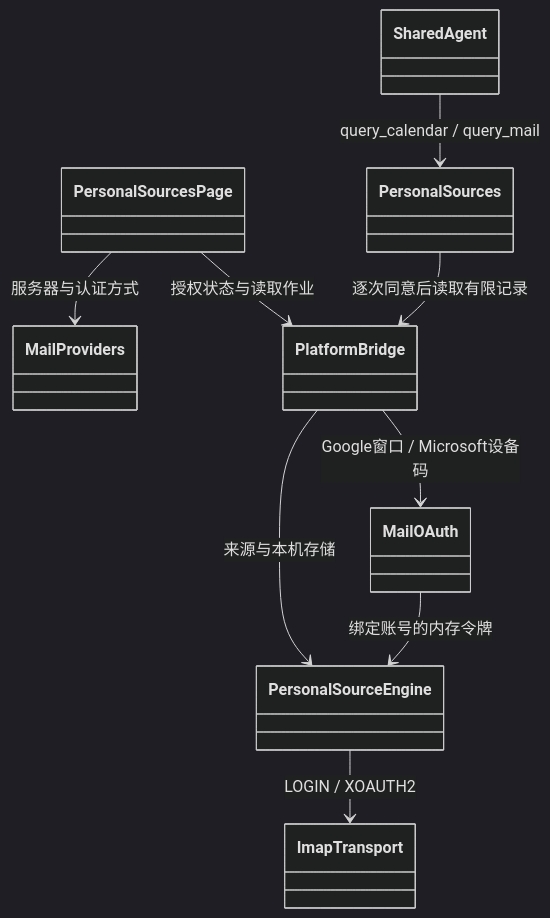
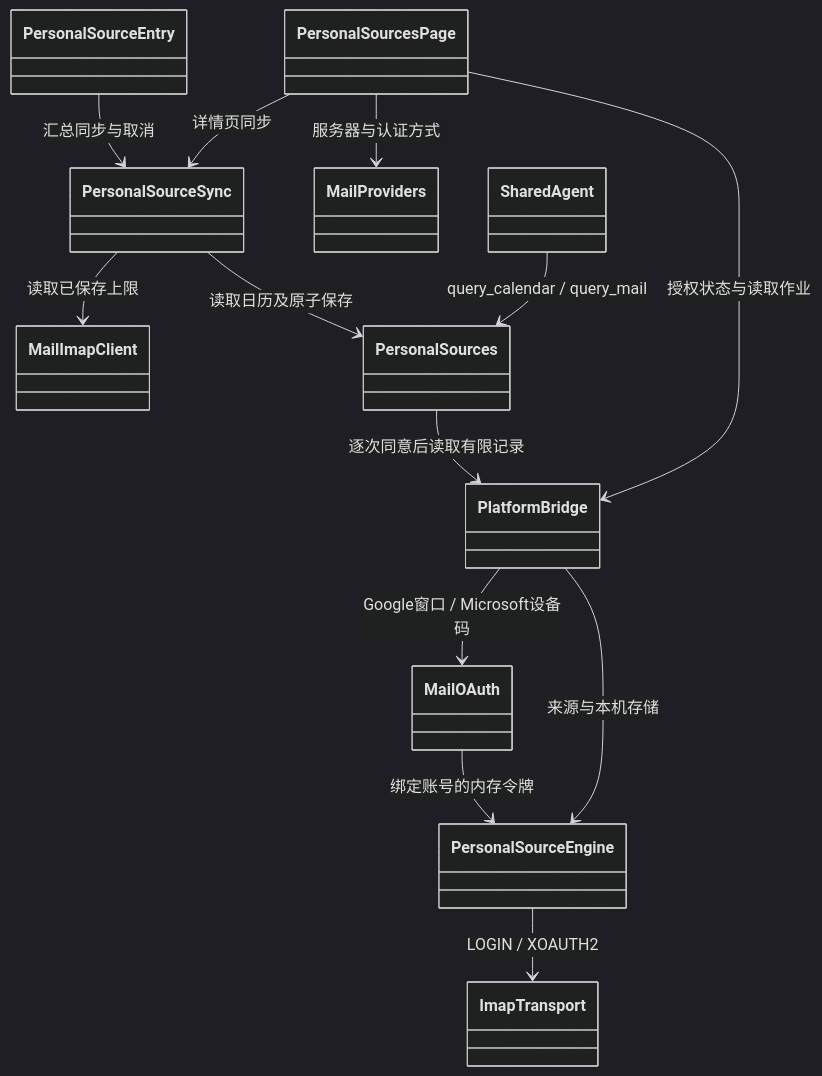
One commit to JKSOBBING/ClawMate-Android changed the diagram in docs/PERSONAL_SOURCES_MIGRATION.md. Above: the diagram before and after it, drawn with Mermaid (dark theme). The commit also changed other lines of this file and 21 other files, not shown here.

````diff
--- a/docs/PERSONAL_SOURCES_MIGRATION.md
+++ b/docs/PERSONAL_SOURCES_MIGRATION.md
@@ -47,11 +47,15 @@
 ```mermaid
 classDiagram
+  PersonalSourceEntry --> PersonalSourceSync : 汇总同步与取消
+  PersonalSourcesPage --> PersonalSourceSync : 详情页同步
+  PersonalSourceSync --> MailImapClient : 读取已保存上限
+  PersonalSourceSync --> PersonalSources : 读取日历及原子保存
   PersonalSourcesPage --> MailProviders : 服务器与认证方式
   PersonalSourcesPage --> PlatformBridge : 授权状态与读取作业
   PlatformBridge --> MailOAuth : Google窗口 / Microsoft设备码
   PlatformBridge --> PersonalSourceEngine : 来源与本机存储
   MailOAuth --> PersonalSourceEngine : 绑定账号的内存令牌
   PersonalSourceEngine --> ImapTransport : LOGIN / XOAUTH2
   SharedAgent --> PersonalSources : query_calendar / query_mail
   PersonalSources --> PlatformBridge : 逐次同意后读取有限记录
 ```
````
